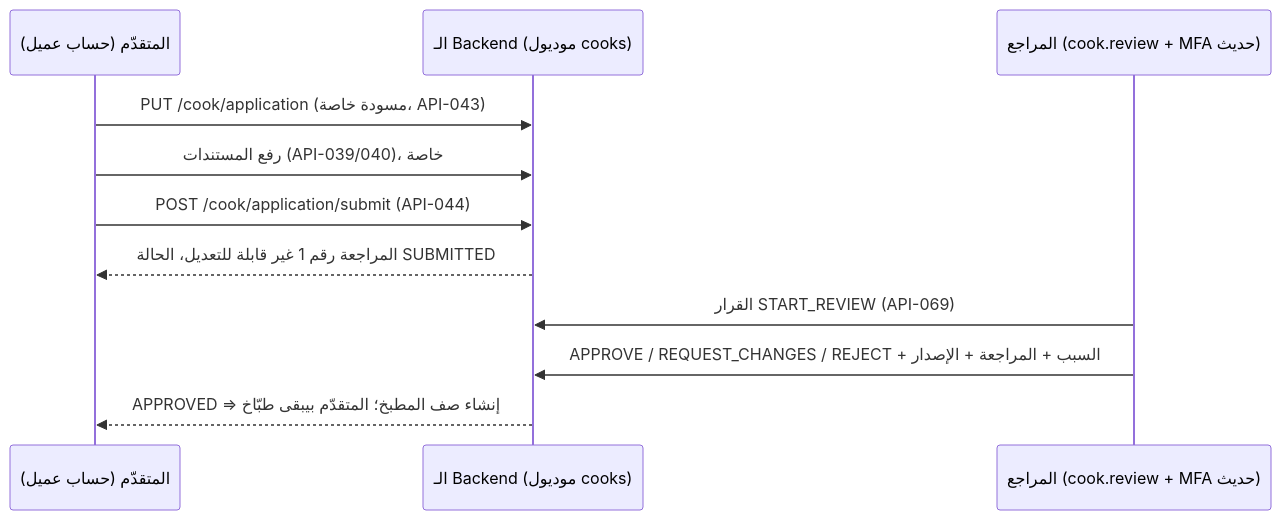
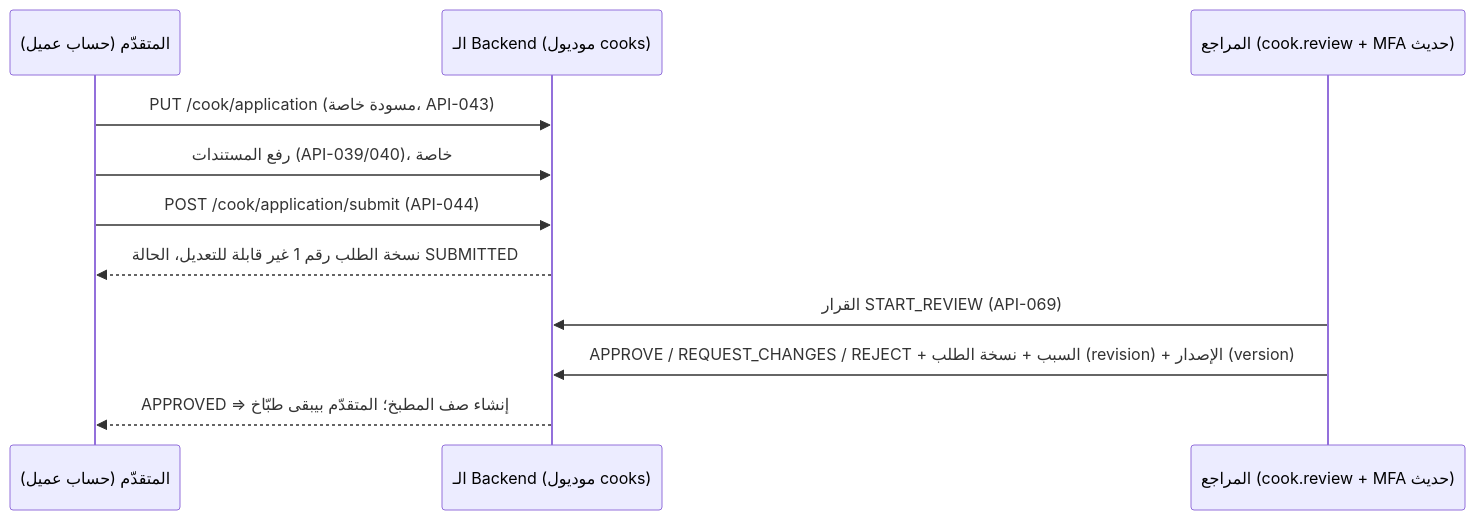
The diagram in docs/developer-handbook/01-business/kitchen-management-ar.md (afawzy70/Matbakhy-v1), drawn with Mermaid before and after one commit. The commit also changed other lines of this file and 14 other files, not shown here.

````diff
--- a/docs/developer-handbook/01-business/kitchen-management-ar.md
+++ b/docs/developer-handbook/01-business/kitchen-management-ar.md
@@ -11,13 +11,13 @@
 ```mermaid
 sequenceDiagram
   participant A as المتقدّم (حساب عميل)
   participant API as الـ Backend (موديول cooks)
   participant R as المراجع (cook.review + MFA حديث)
   A->>API: PUT /cook/application (مسودة خاصة، API-043)
   A->>API: رفع المستندات (API-039/040)، خاصة
   A->>API: POST /cook/application/submit (API-044)
-  API-->>A: المراجعة رقم 1 غير قابلة للتعديل، الحالة SUBMITTED
+  API-->>A: نسخة الطلب رقم 1 غير قابلة للتعديل، الحالة SUBMITTED
   R->>API: القرار START_REVIEW (API-069)
-  R->>API: APPROVE / REQUEST_CHANGES / REJECT + السبب + المراجعة + الإصدار
+  R->>API: APPROVE / REQUEST_CHANGES / REJECT + السبب + نسخة الطلب (revision) + الإصدار (version)
   API-->>A: APPROVED => إنشاء صف المطبخ؛ المتقدّم بيبقى طبّاخ
 ```
````
